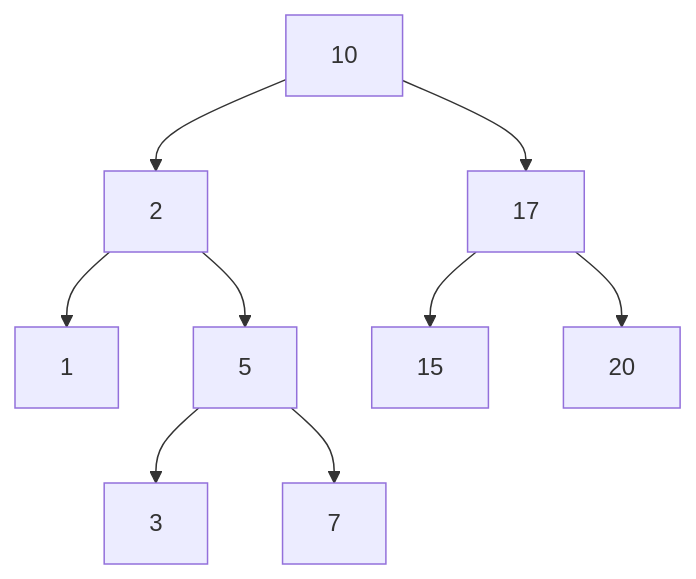
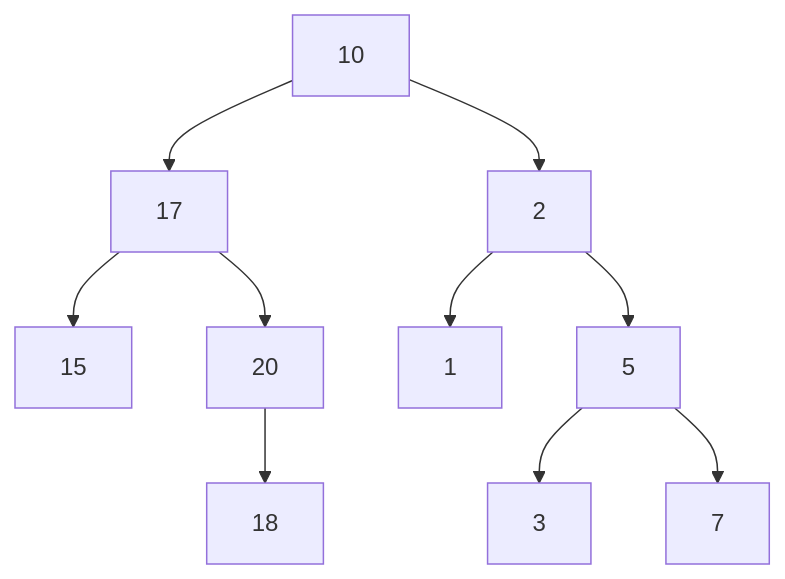
The diagram in Estrutura de Dados/aula_15 06.06 - arvore/aula.md (vanessacezarn/3_Semestre), drawn with Mermaid before and after one commit.

````diff
--- a/Estrutura de Dados/aula_15 06.06 - arvore/aula.md
+++ b/Estrutura de Dados/aula_15 06.06 - arvore/aula.md
@@ -7,11 +7,12 @@
  ```mermaid
 graph TD;
     10-->17;
     17-->15;
     17-->20;
+    20-->18;
     10-->2;
     2-->1;
     2-->5;
     5-->3;
     5-->7;
 ```
````
